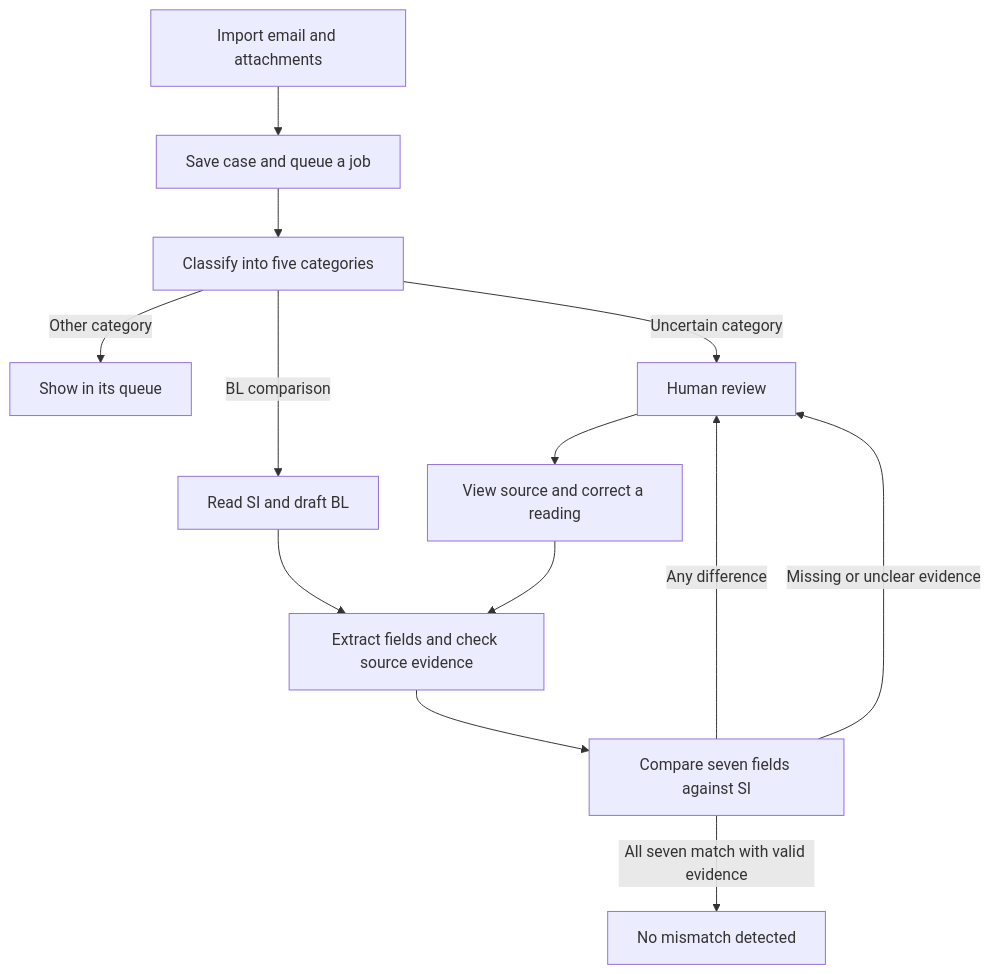
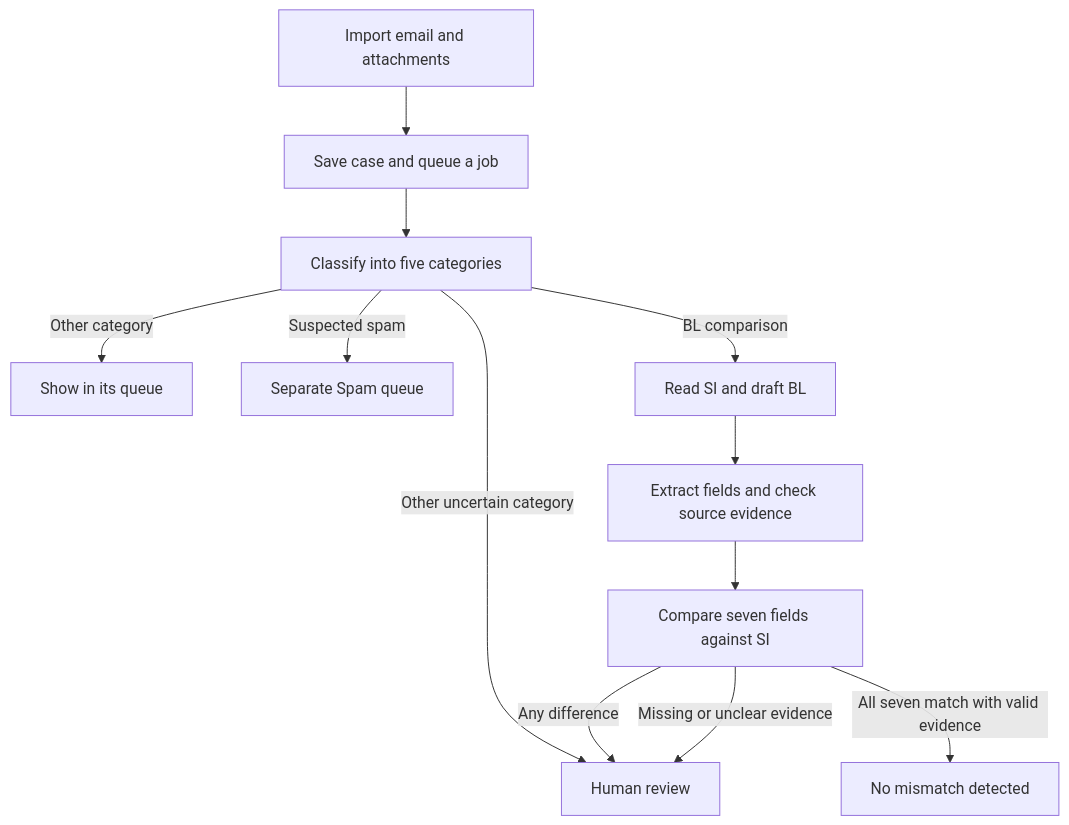
The second of 4 diagrams in PROJECT.md (Morris-Zin/Averis-Hackathon), drawn with Mermaid before and after one commit. The commit also changed other lines of this file, not shown here.

Commit message:
Simplify project narrative and explain review and scaling with diagrams

````diff
--- a/PROJECT.md
+++ b/PROJECT.md
@@ -98,15 +108,14 @@
 ```mermaid
 flowchart TD
     A[Import email and attachments] --> B[Save case and queue a job]
     B --> C[Classify into five categories]
     C -->|Other category| D[Show in its queue]
-    C -->|Uncertain category| H[Human review]
+    C -->|Suspected spam| S[Separate Spam queue]
+    C -->|Other uncertain category| H[Human review]
     C -->|BL comparison| E[Read SI and draft BL]
     E --> F[Extract fields and check source evidence]
     F --> G[Compare seven fields against SI]
     G -->|All seven match with valid evidence| I[No mismatch detected]
     G -->|Any difference| H
     G -->|Missing or unclear evidence| H
-    H --> J[View source and correct a reading]
-    J --> F
 ```
````
